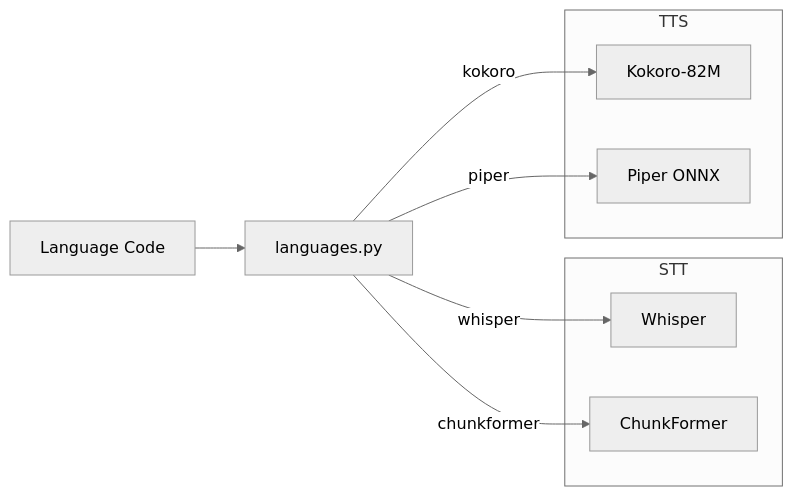
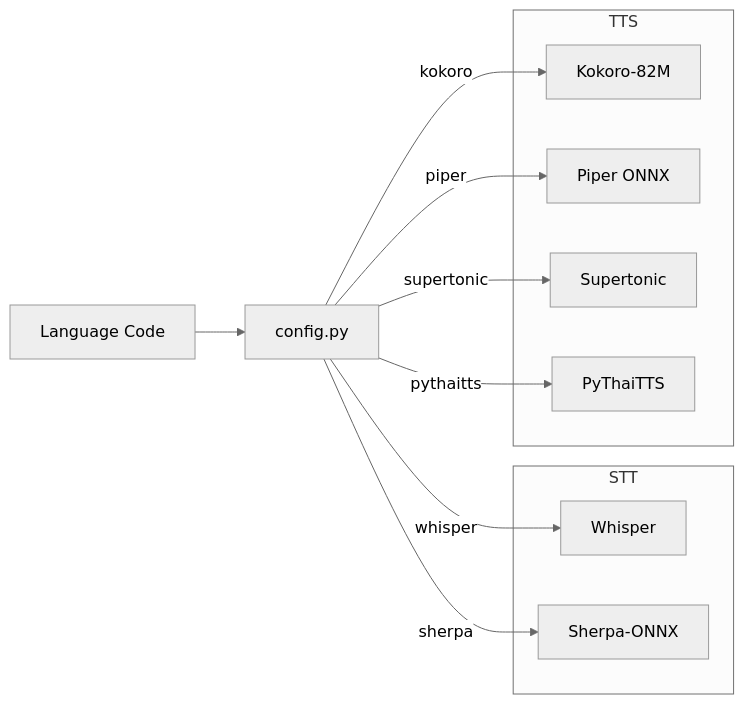
The fourth of 5 diagrams in docs/guide/architecture.md (nrl-ai/edgevox), drawn with Mermaid (neutral theme) before and after one commit. The commit also changed other lines of this file and 10 other files, not shown here.

````diff
--- a/docs/guide/architecture.md
+++ b/docs/guide/architecture.md
@@ -79,21 +79,25 @@
 ```mermaid
 flowchart LR
     LANG[Language Code]
-    CFG[languages.py]
+    CFG[config.py]
 
     subgraph STT
         WHISPER[Whisper]
-        CHUNK[ChunkFormer]
+        SHERPA[Sherpa-ONNX]
     end
 
     subgraph TTS
         KOKORO[Kokoro-82M]
         PIPER[Piper ONNX]
+        SUPER[Supertonic]
+        THAI[PyThaiTTS]
     end
 
     LANG --> CFG
     CFG -->|whisper| WHISPER
-    CFG -->|chunkformer| CHUNK
+    CFG -->|sherpa| SHERPA
     CFG -->|kokoro| KOKORO
     CFG -->|piper| PIPER
+    CFG -->|supertonic| SUPER
+    CFG -->|pythaitts| THAI
 ```
````
